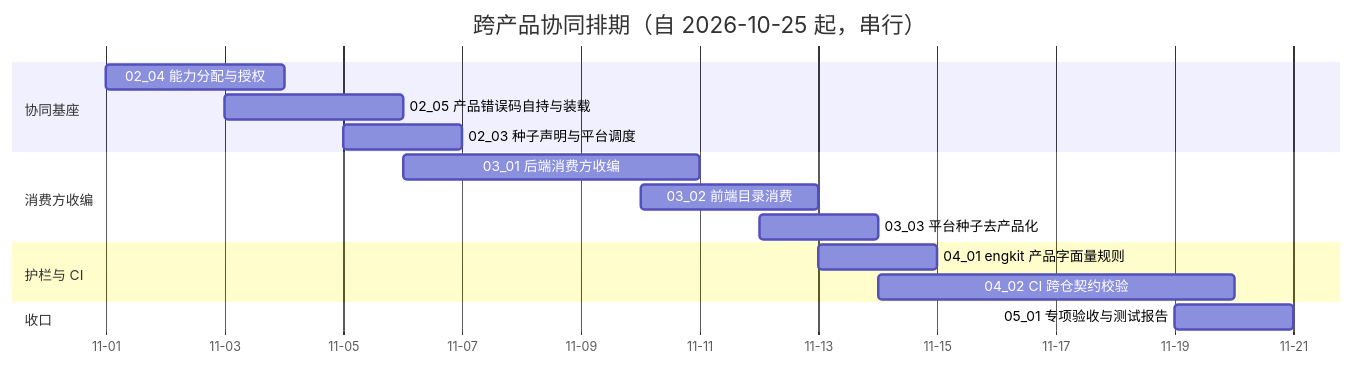
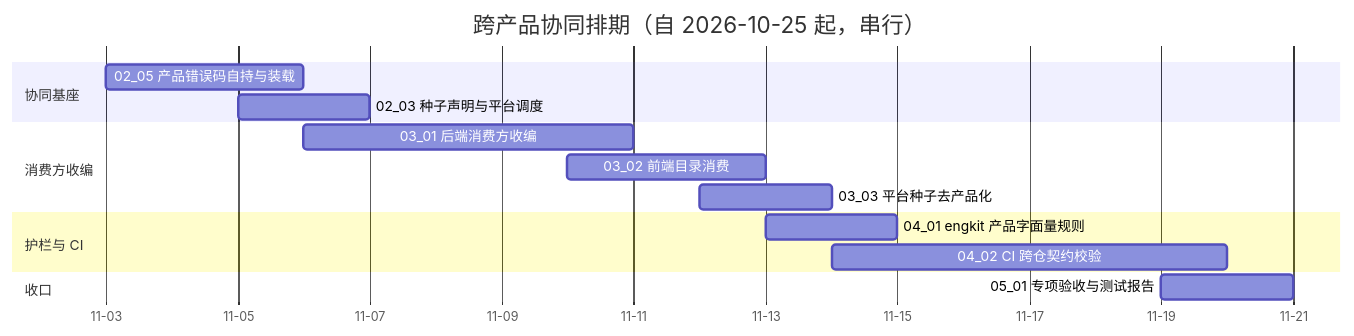
Before and after one commit to minjian123/basic-management-system: the diagram in bms文档/项目/07B_跨产品协同/计划/01_计划_跨产品协同.md, drawn with Mermaid. The commit also changed other lines of this file and 6 other files, not shown here.

````diff
--- a/bms文档/项目/07B_跨产品协同/计划/01_计划_跨产品协同.md
+++ b/bms文档/项目/07B_跨产品协同/计划/01_计划_跨产品协同.md
@@ -39,19 +39,18 @@
 ```mermaid
 gantt
     title 跨产品协同排期（自 2026-10-25 起，串行）
     dateFormat  YYYY-MM-DD
     axisFormat %m-%d
     section 协同基座
-    02_04 能力分配与授权 :a0204, 2026-11-01, 3d
     02_05 产品错误码自持与装载 :a0205, 2026-11-03, 3d
     02_03 种子声明与平台调度 :a0203, 2026-11-05, 2d
     section 消费方收编
     03_01 后端消费方收编 :a0301, 2026-11-06, 5d
     03_02 前端目录消费 :a0302, 2026-11-10, 3d
     03_03 平台种子去产品化 :a0303, 2026-11-12, 2d
     section 护栏与 CI
     04_01 engkit 产品字面量规则 :a0401, 2026-11-13, 2d
     04_02 CI 跨仓契约校验 :a0402, 2026-11-14, 6d
     section 收口
     05_01 专项验收与测试报告 :a0501, 2026-11-19, 2d
 ```
````
